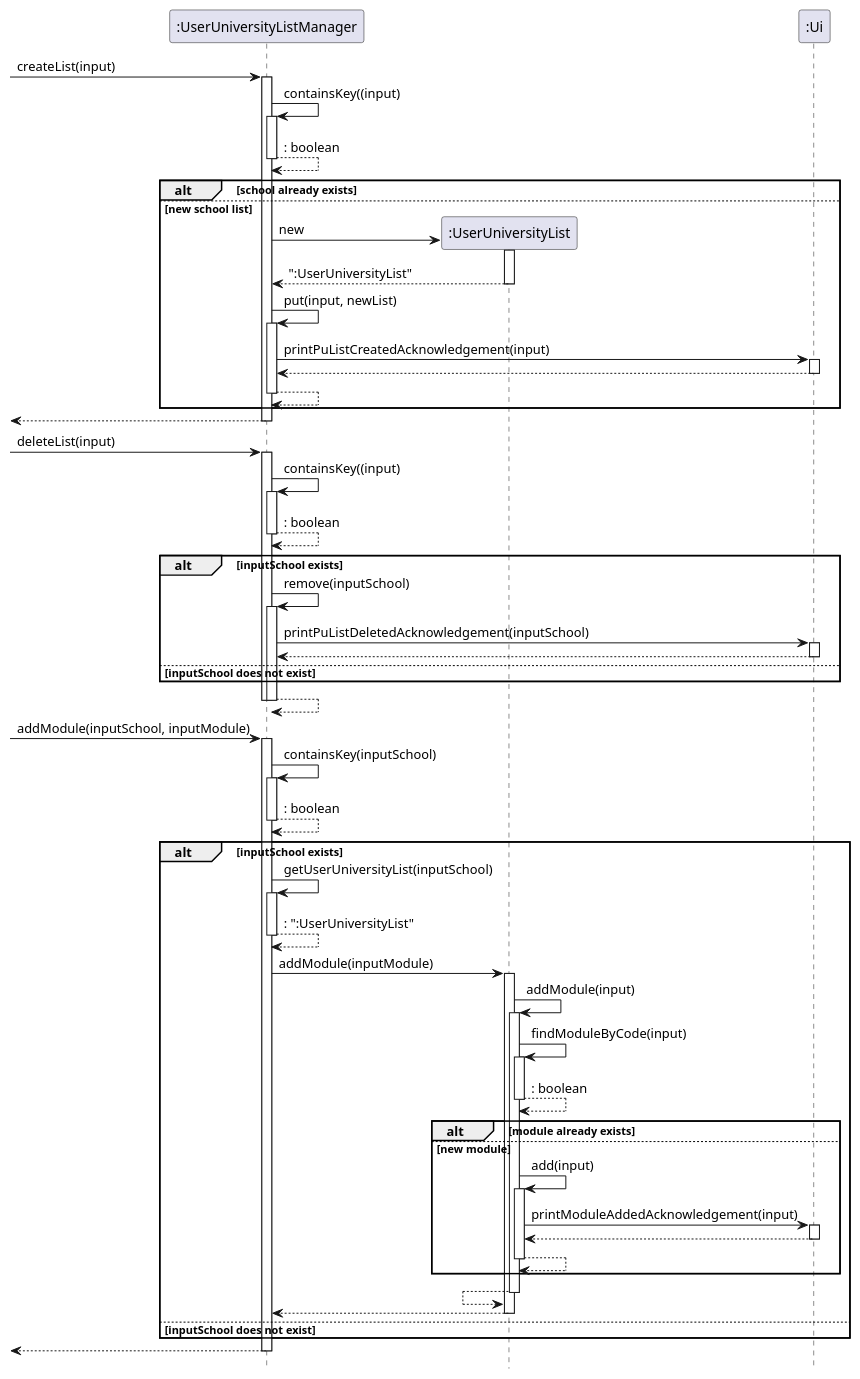
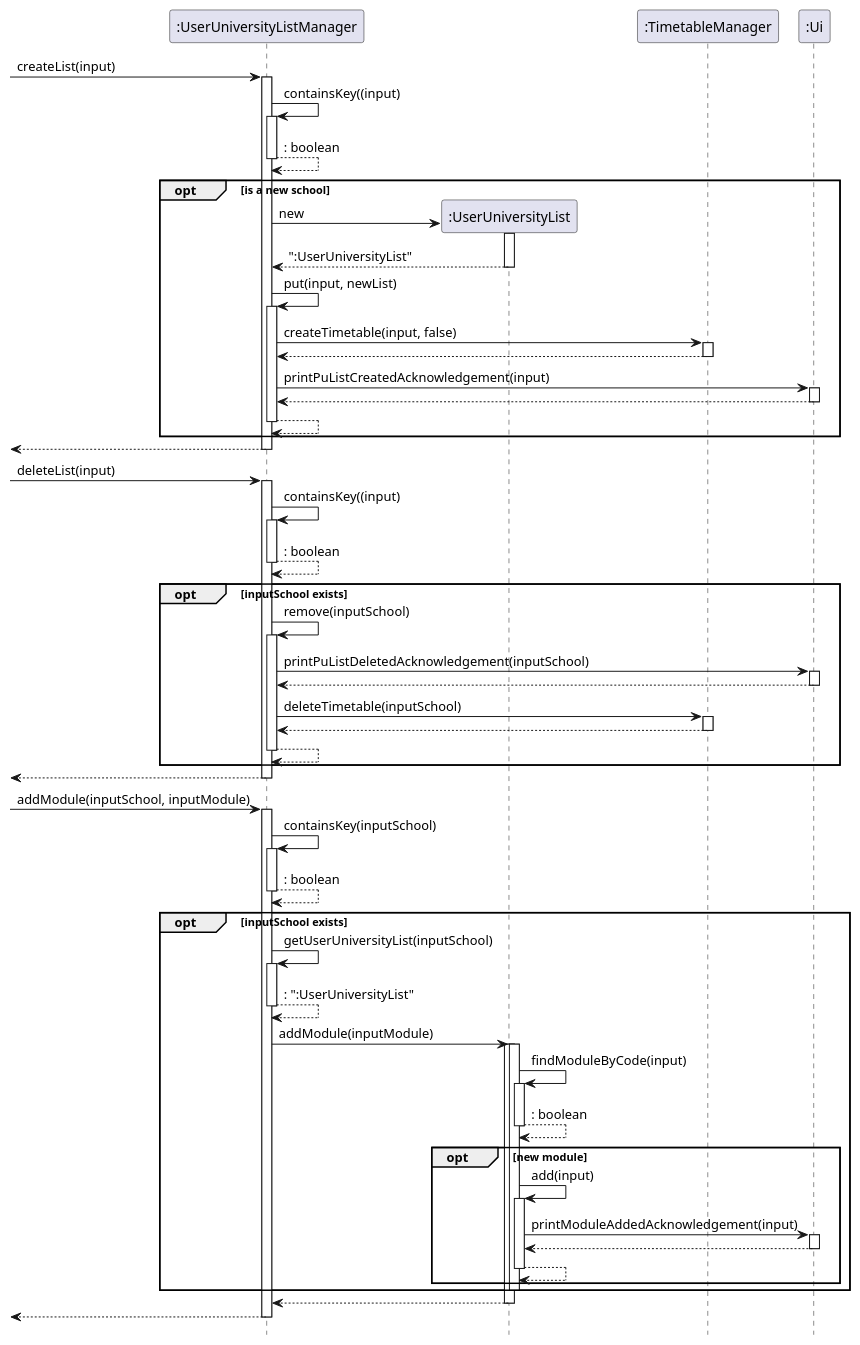
Before and after one commit to nus-cs2113-AY2223S1/tp: the diagram in docs/diagrams/UserUniversityListManager_Sequence.puml, drawn with PlantUML. The commit also changed 5 other files, not shown here.

Commit message:
Update DG and sequence diagrams

```diff
--- a/docs/diagrams/UserUniversityListManager_Sequence.puml
+++ b/docs/diagrams/UserUniversityListManager_Sequence.puml
@@ -1,92 +1,96 @@
 @startuml
 'https://plantuml.com/sequence-diagram
 
 hide footbox
 
 -> ":UserUniversityListManager" : createList(input)
 activate ":UserUniversityListManager"
 
 ":UserUniversityListManager" -> ":UserUniversityListManager" : containsKey((input)
 activate ":UserUniversityListManager"
 return : boolean
 
-alt school already exists
-
-else new school list
+opt is a new school
     ":UserUniversityListManager" -> ":UserUniversityList" **: new
     activate ":UserUniversityList"
     return ":UserUniversityList"
+
     ":UserUniversityListManager" -> ":UserUniversityListManager" : put(input, newList)
     activate ":UserUniversityListManager"
+
+    ":UserUniversityListManager" -> ":TimetableManager" : createTimetable(input, false)
+    activate ":TimetableManager"
+    return
 
     ":UserUniversityListManager" -> ":Ui" : printPuListCreatedAcknowledgement(input)
     activate ":Ui"
     return
 
     return
 
 end
 return
 deactivate ":UserUniversityListManager"
 
 -> ":UserUniversityListManager" : deleteList(input)
 activate ":UserUniversityListManager"
 
 ":UserUniversityListManager" -> ":UserUniversityListManager" : containsKey((input)
 activate ":UserUniversityListManager"
 return : boolean
 
-alt inputSchool exists
+opt inputSchool exists
     ":UserUniversityListManager" -> ":UserUniversityListManager" : remove(inputSchool)
     activate ":UserUniversityListManager"
 
     ":UserUniversityListManager" -> ":Ui" : printPuListDeletedAcknowledgement(inputSchool)
     activate ":Ui"
     return
-else inputSchool does not exist
+
+    ":UserUniversityListManager" -> ":TimetableManager" : deleteTimetable(inputSchool)
+    activate ":TimetableManager"
+    return
+
+    return
 end
 
 return
 deactivate ":UserUniversityListManager"
 
 -> ":UserUniversityListManager" : addModule(inputSchool, inputModule)
 activate ":UserUniversityListManager"
 ":UserUniversityListManager" -> ":UserUniversityListManager" : containsKey(inputSchool)
 activate ":UserUniversityListManager"
 return : boolean
 
-alt inputSchool exists
+opt inputSchool exists
     ":UserUniversityListManager" -> ":UserUniversityListManager" : getUserUniversityList(inputSchool)
     activate ":UserUniversityListManager"
     return : ":UserUniversityList"
     ":UserUniversityListManager" -> ":UserUniversityList" : addModule(inputModule)
     activate ":UserUniversityList"
 
-    ":UserUniversityList" -> ":UserUniversityList" : addModule(input)
     activate ":UserUniversityList"
     ":UserUniversityList" -> ":UserUniversityList" : findModuleByCode(input)
     activate ":UserUniversityList"
     return : boolean
-    alt module already exists
-    else new module
+    opt new module
         ":UserUniversityList" -> ":UserUniversityList" : add(input)
         activate ":UserUniversityList"
 
         ":UserUniversityList" -> ":Ui" : printModuleAddedAcknowledgement(input)
         activate ":Ui"
         ":UserUniversityList" <-- ":Ui"
         deactivate ":Ui"
         return
     end
-    ":UserUniversityList" <-- ":UserUniversityList"
-    deactivate ":UserUniversityList"
-    ":UserUniversityListManager" <-- ":UserUniversityList"
     deactivate ":UserUniversityList"
 
-else inputSchool does not exist
 
 end
+return
+
 return
 deactivate ":UserUniversityListManager"
 
 @enduml
```
